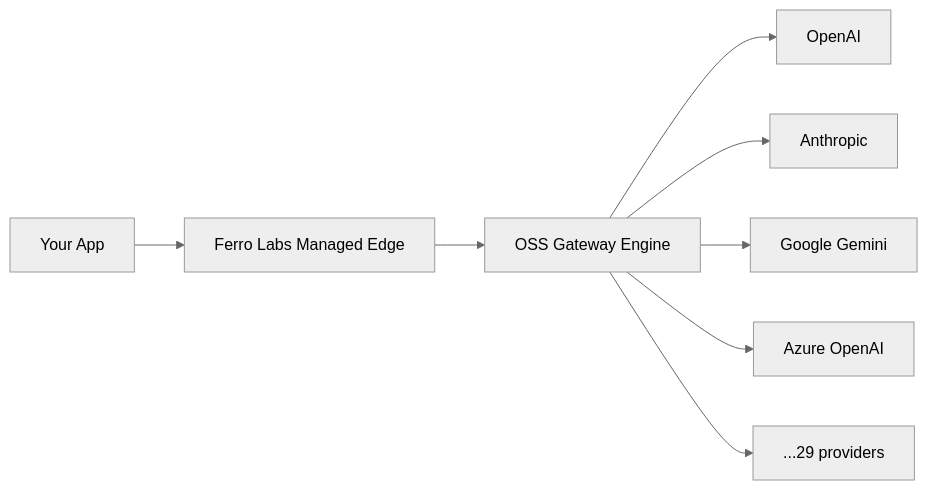
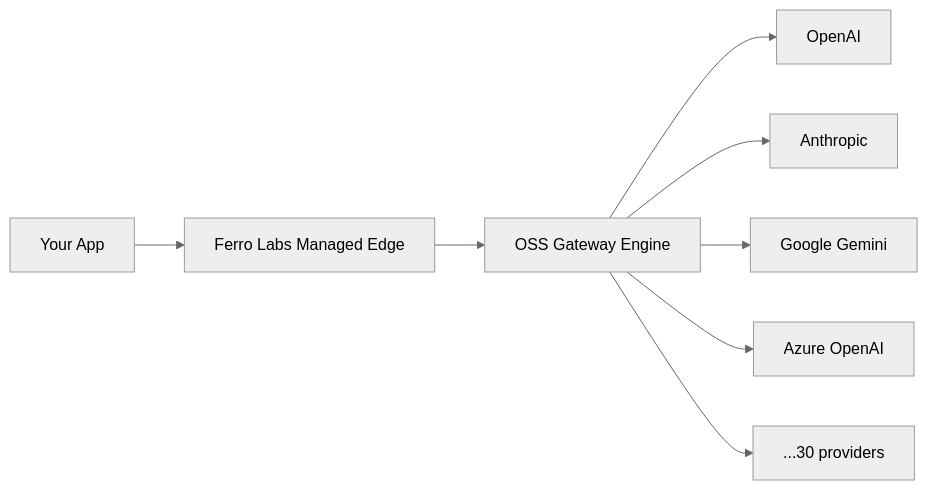
Before and after one commit to ferro-labs/docs: the diagram in docs/ferrocloud/overview.mdx, drawn with Mermaid (neutral theme). The commit also changed other lines of this file and 27 other files, not shown here.

````diff
--- a/docs/ferrocloud/overview.mdx
+++ b/docs/ferrocloud/overview.mdx
@@ -13,10 +13,10 @@
 ```mermaid
 flowchart LR
     A[Your App] --> B[Ferro Labs Managed Edge]
     B --> C[OSS Gateway Engine]
     C --> D1[OpenAI]
     C --> D2[Anthropic]
     C --> D3[Google Gemini]
     C --> D4[Azure OpenAI]
-    C --> D5[...29 providers]
+    C --> D5[...30 providers]
 ```
````
